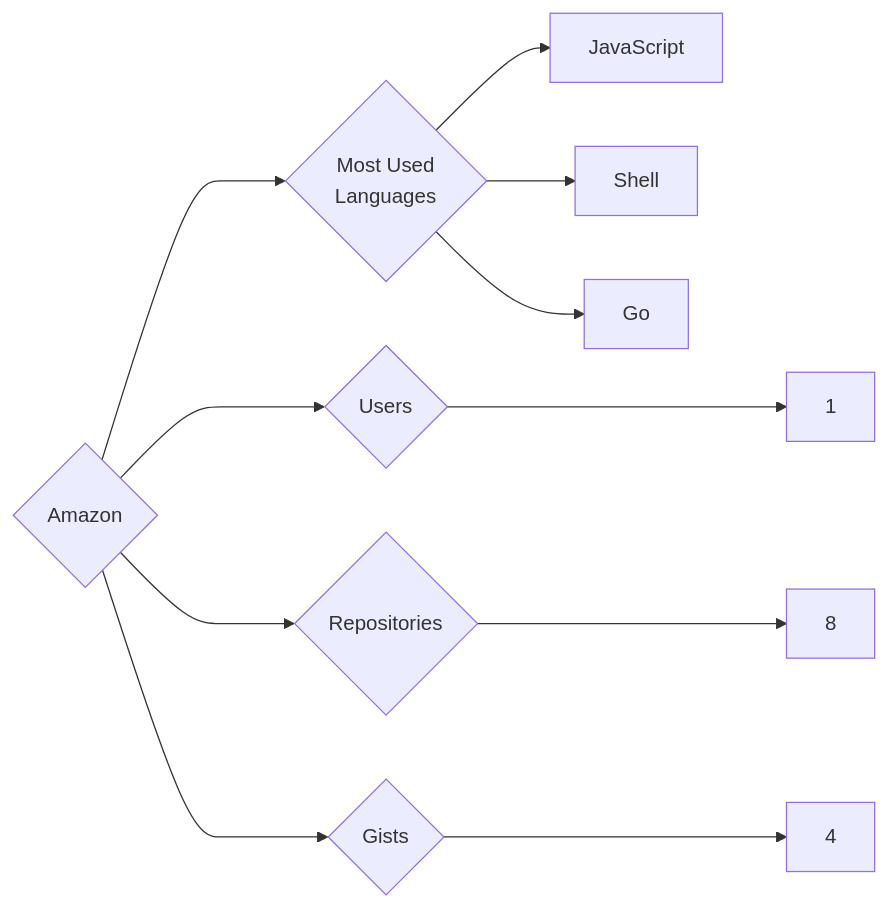
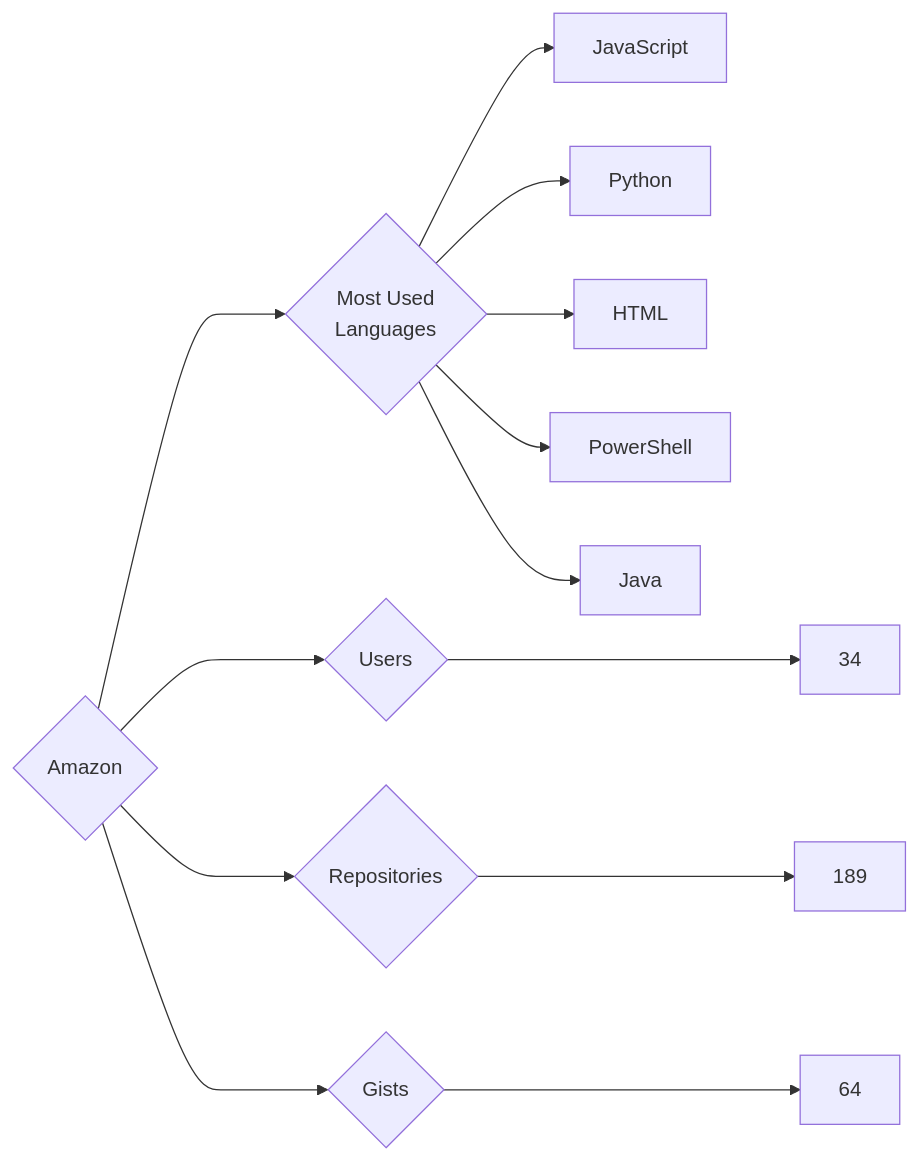
One commit to trickest/insiders changed the diagram in targets/Amazon/README.md. Above: the diagram before and after it, drawn with Mermaid. The commit also changed 951 other files, not shown here.

````diff
--- a/targets/Amazon/README.md
+++ b/targets/Amazon/README.md
@@ -3,11 +3,13 @@
 ```mermaid
 graph LR
 COMPANY_NAME{Amazon}
-COMPANY_NAME ---> U{Users} ---> UN[1]
-COMPANY_NAME ---> R{Repositories} ---> RN[8]
-COMPANY_NAME ---> G{Gists} ---> GN[4]
+COMPANY_NAME ---> U{Users} ---> UN[34]
+COMPANY_NAME ---> R{Repositories} ---> RN[189]
+COMPANY_NAME ---> G{Gists} ---> GN[64]
 COMPANY_NAME ---> ML{Most Used<br>Languages}
-ML --> JavaScript
-ML --> Shell
-ML --> Go
+ML --> JavaScript[JavaScript]
+ML --> Python[Python]
+ML --> HTML[HTML]
+ML --> PowerShell[PowerShell]
+ML --> Java[Java]
 ```
````
